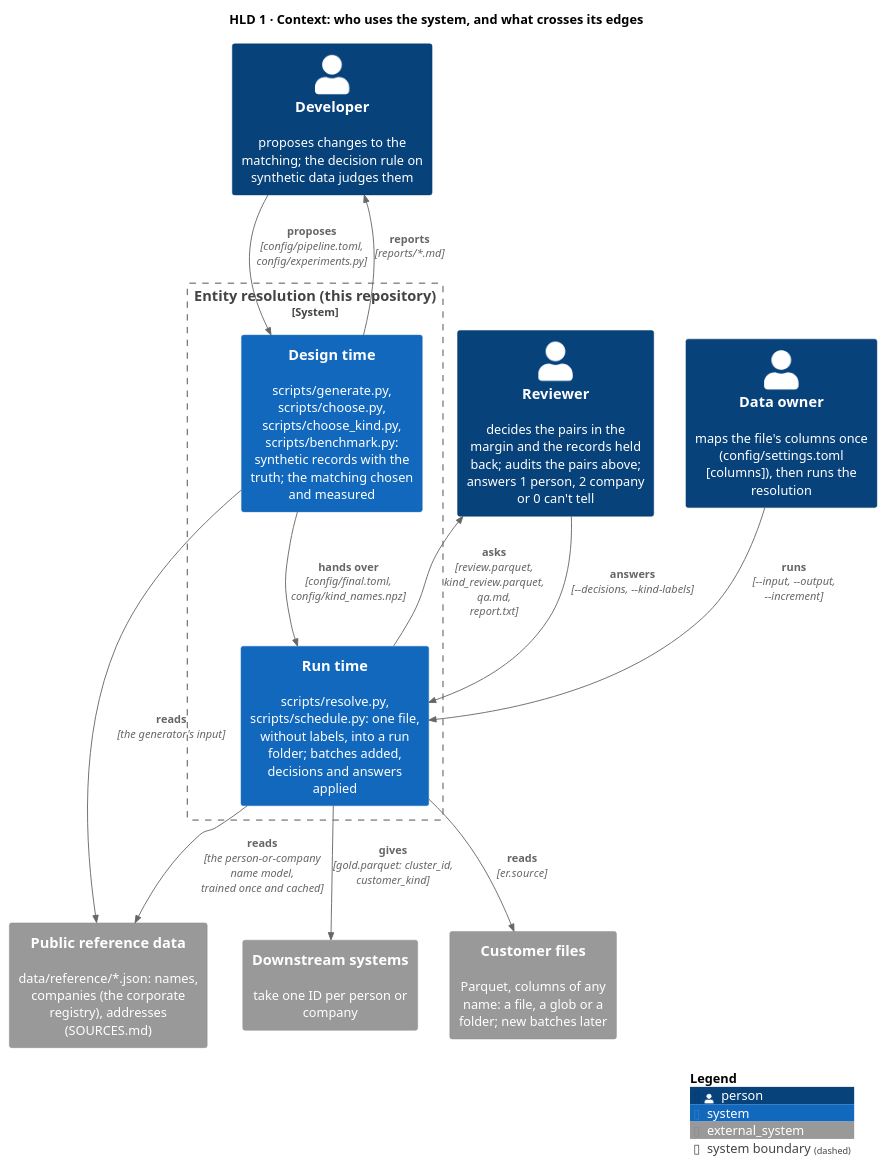
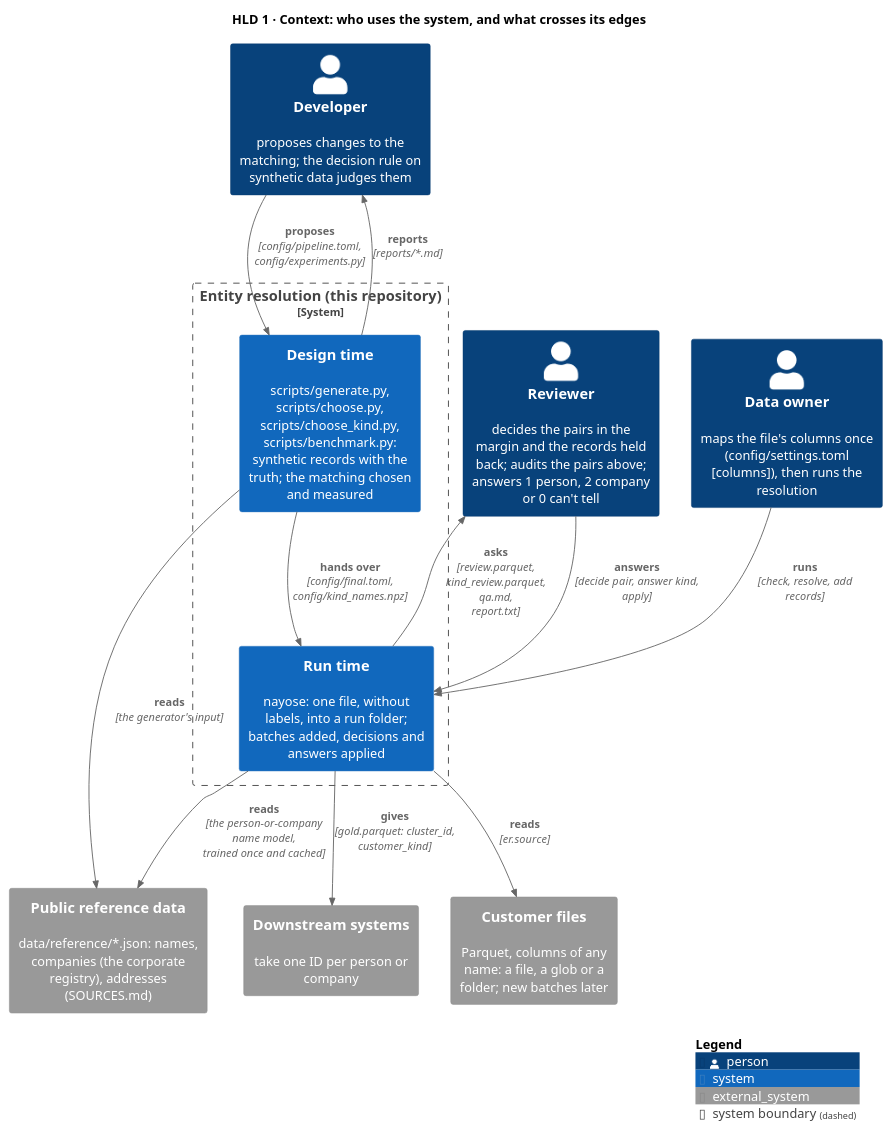
One commit to mvsbm/entity_matching changed the diagram in docs/diagrams/context.puml. Above: the diagram before and after it, drawn with PlantUML. The commit also changed 48 other files, not shown here.

First line of the commit message:
nayose: one complete command line, declared once

```diff
--- a/docs/diagrams/context.puml
+++ b/docs/diagrams/context.puml
@@ -1,31 +1,31 @@
 @startuml context
 !include <C4/C4_Context>
 LAYOUT_TOP_DOWN()
 HIDE_STEREOTYPE()
 title HLD 1 · Context: who uses the system, and what crosses its edges
 
 Person(owner, "Data owner", "maps the file's columns once (config/settings.toml [columns]), then runs the resolution")
 Person(reviewer, "Reviewer", "decides the pairs in the margin and the records held back; audits the pairs above; answers 1 person, 2 company or 0 can't tell")
 Person(developer, "Developer", "proposes changes to the matching; the decision rule on synthetic data judges them")
 
 System_Ext(files, "Customer files", "Parquet, columns of any name: a file, a glob or a folder; new batches later")
 System_Ext(reference, "Public reference data", "data/reference/*.json: names, companies (the corporate registry), addresses (SOURCES.md)")
 System_Ext(downstream, "Downstream systems", "take one ID per person or company")
 
 System_Boundary(er, "Entity resolution (this repository)") {
-  System(runtime, "Run time", "scripts/resolve.py, scripts/schedule.py: one file, without labels, into a run folder; batches added, decisions and answers applied")
+  System(runtime, "Run time", "nayose: one file, without labels, into a run folder; batches added, decisions and answers applied")
   System(design, "Design time", "scripts/generate.py, scripts/choose.py, scripts/choose_kind.py, scripts/benchmark.py: synthetic records with the truth; the matching chosen and measured")
 }
 
-Rel(owner, runtime, "runs", "~--input, ~--output, ~--increment")
+Rel(owner, runtime, "runs", "check, resolve, add records")
 Rel(runtime, files, "reads", "er.source")
 Rel(runtime, reference, "reads", "the person-or-company name model, trained once and cached")
 Rel(design, reference, "reads", "the generator's input")
 Rel(developer, design, "proposes", "config/pipeline.toml, config/experiments.py")
 Rel(design, developer, "reports", "reports/*.md")
 Rel(design, runtime, "hands over", "config/final.toml, config/kind_names.npz")
 Rel(runtime, reviewer, "asks", "review.parquet, kind_review.parquet, qa.md, report.txt")
-Rel(reviewer, runtime, "answers", "~--decisions, ~--kind-labels")
+Rel(reviewer, runtime, "answers", "decide pair, answer kind, apply")
 Rel(runtime, downstream, "gives", "gold.parquet: cluster_id, customer_kind")
 SHOW_LEGEND()
 @enduml
```
